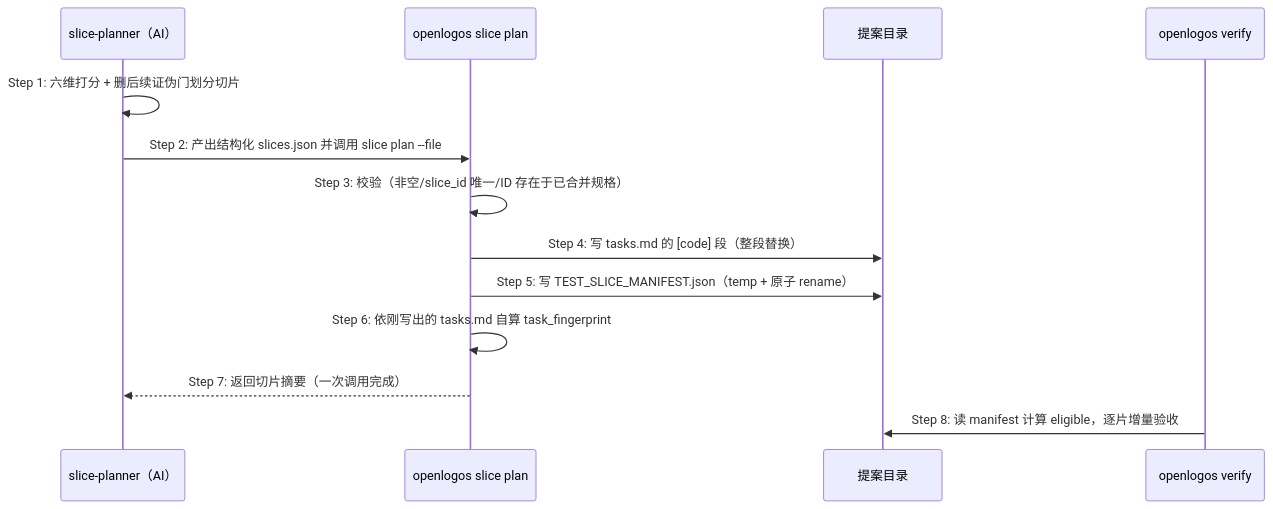
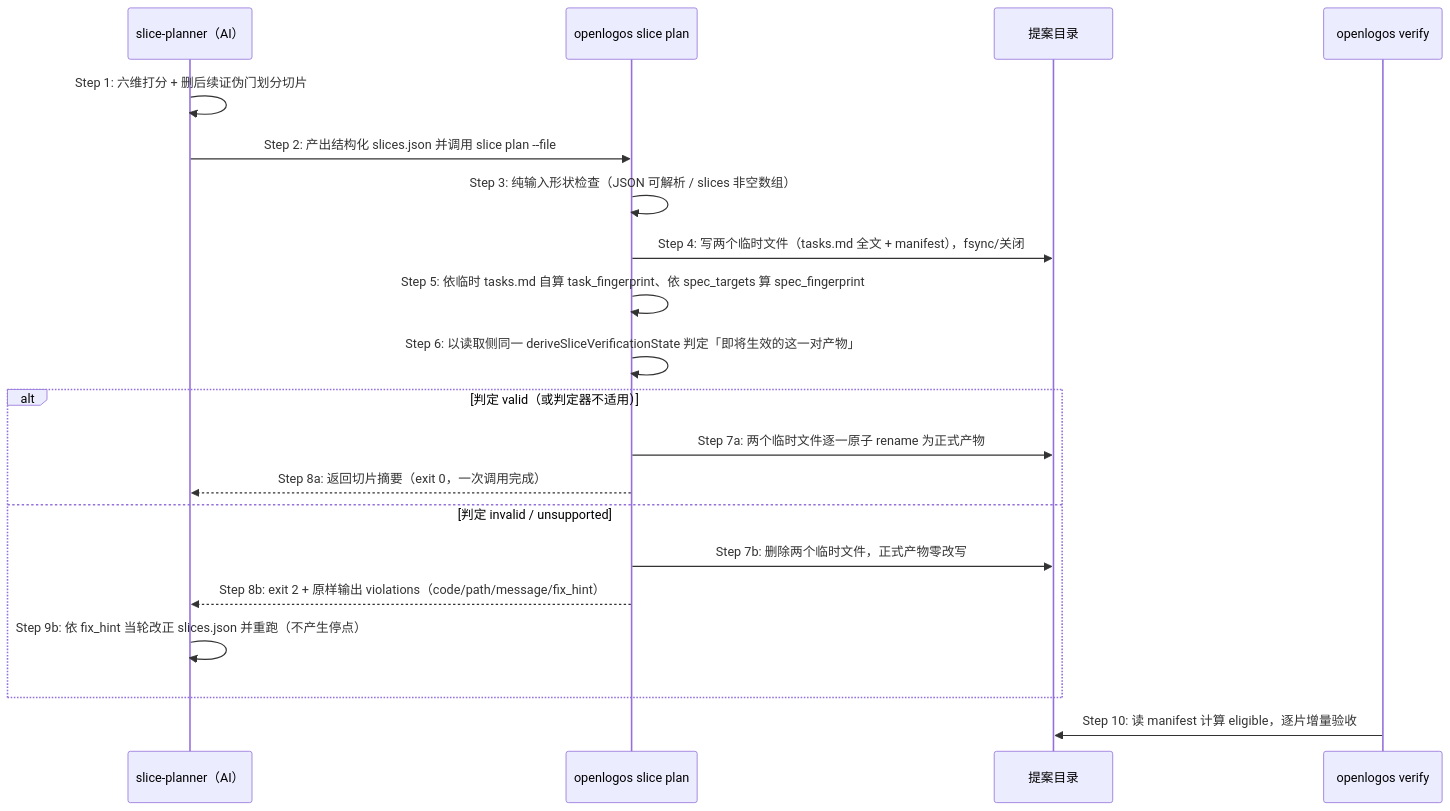
Before and after one commit to miniidealab/openlogos: the fourth of 5 diagrams in logos/resources/prd/3-technical-plan/2-scenario-implementation/core-S32-slice-planning.md, drawn with Mermaid. The commit also changed other lines of this file and 31 other files, not shown here.

````diff
--- a/logos/resources/prd/3-technical-plan/2-scenario-implementation/core-S32-slice-planning.md
+++ b/logos/resources/prd/3-technical-plan/2-scenario-implementation/core-S32-slice-planning.md
@@ -250,15 +250,22 @@
 ```mermaid
 sequenceDiagram
     participant P as slice-planner（AI）
     participant C as openlogos slice plan
     participant F as 提案目录
     participant V as openlogos verify
     P->>P: Step 1: 六维打分 + 删后续证伪门划分切片
     P->>C: Step 2: 产出结构化 slices.json 并调用 slice plan --file
-    C->>C: Step 3: 校验（非空/slice_id 唯一/ID 存在于已合并规格）
-    C->>F: Step 4: 写 tasks.md 的 [code] 段（整段替换）
-    C->>F: Step 5: 写 TEST_SLICE_MANIFEST.json（temp + 原子 rename）
-    C->>C: Step 6: 依刚写出的 tasks.md 自算 task_fingerprint
-    C-->>P: Step 7: 返回切片摘要（一次调用完成）
-    V->>F: Step 8: 读 manifest 计算 eligible，逐片增量验收
+    C->>C: Step 3: 纯输入形状检查（JSON 可解析 / slices 非空数组）
+    C->>F: Step 4: 写两个临时文件（tasks.md 全文 + manifest），fsync/关闭
+    C->>C: Step 5: 依临时 tasks.md 自算 task_fingerprint、依 spec_targets 算 spec_fingerprint
+    C->>C: Step 6: 以读取侧同一 deriveSliceVerificationState 判定「即将生效的这一对产物」
+    alt 判定 valid（或判定器不适用）
+        C->>F: Step 7a: 两个临时文件逐一原子 rename 为正式产物
+        C-->>P: Step 8a: 返回切片摘要（exit 0，一次调用完成）
+    else 判定 invalid / unsupported
+        C->>F: Step 7b: 删除两个临时文件，正式产物零改写
+        C-->>P: Step 8b: exit 2 + 原样输出 violations（code/path/message/fix_hint）
+        P->>P: Step 9b: 依 fix_hint 当轮改正 slices.json 并重跑（不产生停点）
+    end
+    V->>F: Step 10: 读 manifest 计算 eligible，逐片增量验收
 ```
````
